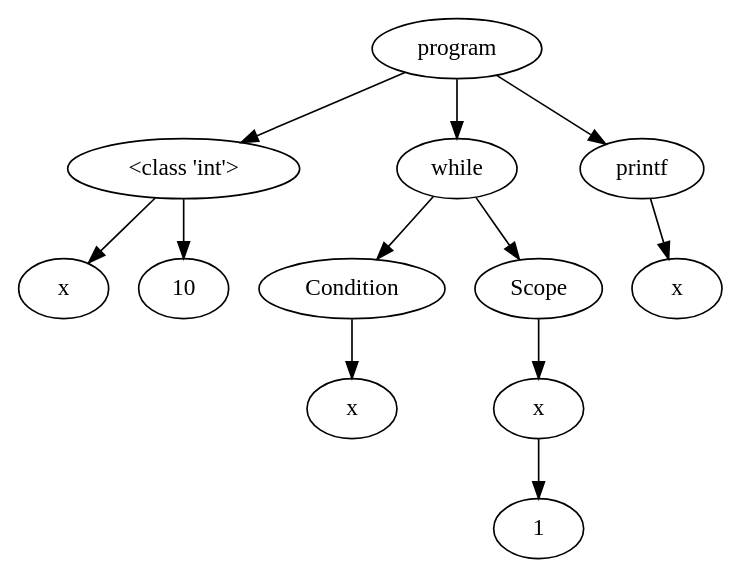
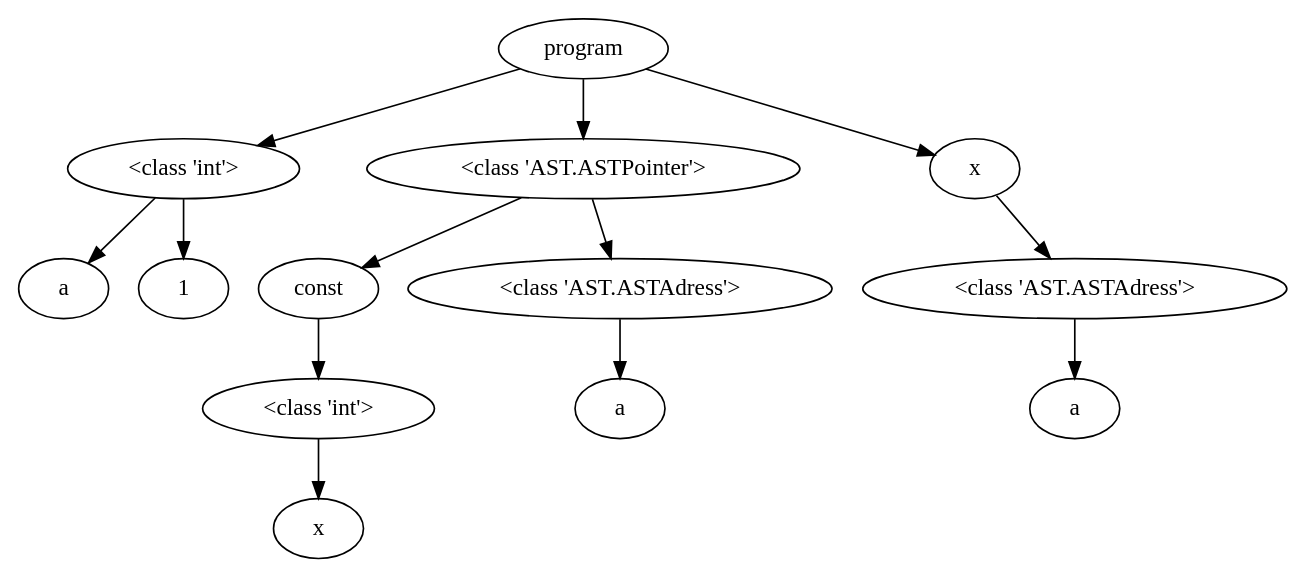
One commit to NielsVandenBroeck/COMP_Compiler changed the diagram in OutputFiles/dotVisualization.dot. Above: the diagram before and after it, drawn with Graphviz. The commit also changed 2 other files, not shown here.

Commit message:
const fix

```diff
--- a/OutputFiles/dotVisualization.dot
+++ b/OutputFiles/dotVisualization.dot
@@ -1,31 +1,34 @@
 digraph G { 
-"<AST.AST object at 0x000001E40060CC40> (0)"[label="program"]
-"<AST.ASTDataType object at 0x000001E40060CDC0> (1)"[label="<class 'int'>"]
-"<AST.AST object at 0x000001E40060CC40> (0)"->"<AST.ASTDataType object at 0x000001E40060CDC0> (1)"
-"<AST.ASTDataType object at 0x000001E40060CDC0> (1)"[label="<class 'int'>"]
-"<AST.ASTVariable object at 0x000001E40060CE20> (2)"[label="x"]
-"<AST.ASTDataType object at 0x000001E40060CDC0> (1)"->"<AST.ASTVariable object at 0x000001E40060CE20> (2)"
-"<AST.AST object at 0x000001E40060C3D0> (2)"[label="10"]
-"<AST.ASTDataType object at 0x000001E40060CDC0> (1)"->"<AST.AST object at 0x000001E40060C3D0> (2)"
-"<AST.ASTWhile object at 0x000001E40060C880> (1)"[label="while"]
-"<AST.AST object at 0x000001E40060CC40> (0)"->"<AST.ASTWhile object at 0x000001E40060C880> (1)"
-"<AST.ASTWhile object at 0x000001E40060C880> (1)"[label="while"]
-"<AST.ASTCondition object at 0x000001E40060C7C0> (2)"[label="Condition"]
-"<AST.ASTWhile object at 0x000001E40060C880> (1)"->"<AST.ASTCondition object at 0x000001E40060C7C0> (2)"
-"<AST.ASTCondition object at 0x000001E40060C7C0> (2)"[label="Condition"]
-"<AST.ASTVariable object at 0x000001E40060C970> (3)"[label="x"]
-"<AST.ASTCondition object at 0x000001E40060C7C0> (2)"->"<AST.ASTVariable object at 0x000001E40060C970> (3)"
-"<AST.ASTScope object at 0x000001E4006103D0> (2)"[label="Scope"]
-"<AST.ASTWhile object at 0x000001E40060C880> (1)"->"<AST.ASTScope object at 0x000001E4006103D0> (2)"
-"<AST.ASTScope object at 0x000001E4006103D0> (2)"[label="Scope"]
-"<AST.ASTVariable object at 0x000001E4006104F0> (3)"[label="x"]
-"<AST.ASTScope object at 0x000001E4006103D0> (2)"->"<AST.ASTVariable object at 0x000001E4006104F0> (3)"
-"<AST.ASTVariable object at 0x000001E4006104F0> (3)"[label="x"]
-"<AST.AST object at 0x000001E400610400> (4)"[label="1"]
-"<AST.ASTVariable object at 0x000001E4006104F0> (3)"->"<AST.AST object at 0x000001E400610400> (4)"
-"<AST.ASTPrintf object at 0x000001E400610460> (1)"[label="printf"]
-"<AST.AST object at 0x000001E40060CC40> (0)"->"<AST.ASTPrintf object at 0x000001E400610460> (1)"
-"<AST.ASTPrintf object at 0x000001E400610460> (1)"[label="printf"]
-"<AST.ASTVariable object at 0x000001E400610340> (2)"[label="x"]
-"<AST.ASTPrintf object at 0x000001E400610460> (1)"->"<AST.ASTVariable object at 0x000001E400610340> (2)"
+"<AST.AST object at 0x000001F55A88A580> (0)"[label="program"]
+"<AST.ASTDataType object at 0x000001F55A88A1F0> (1)"[label="<class 'int'>"]
+"<AST.AST object at 0x000001F55A88A580> (0)"->"<AST.ASTDataType object at 0x000001F55A88A1F0> (1)"
+"<AST.ASTDataType object at 0x000001F55A88A1F0> (1)"[label="<class 'int'>"]
+"<AST.ASTVariable object at 0x000001F55A88A070> (2)"[label="a"]
+"<AST.ASTDataType object at 0x000001F55A88A1F0> (1)"->"<AST.ASTVariable object at 0x000001F55A88A070> (2)"
+"<AST.AST object at 0x000001F55A88A5E0> (2)"[label="1"]
+"<AST.ASTDataType object at 0x000001F55A88A1F0> (1)"->"<AST.AST object at 0x000001F55A88A5E0> (2)"
+"<AST.ASTPointer object at 0x000001F55A88A4C0> (1)"[label="<class 'AST.ASTPointer'>"]
+"<AST.AST object at 0x000001F55A88A580> (0)"->"<AST.ASTPointer object at 0x000001F55A88A4C0> (1)"
+"<AST.ASTPointer object at 0x000001F55A88A4C0> (1)"[label="<class 'AST.ASTPointer'>"]
+"<AST.ASTConst object at 0x000001F55A88A8E0> (2)"[label="const"]
+"<AST.ASTPointer object at 0x000001F55A88A4C0> (1)"->"<AST.ASTConst object at 0x000001F55A88A8E0> (2)"
+"<AST.ASTConst object at 0x000001F55A88A8E0> (2)"[label="const"]
+"<AST.ASTDataType object at 0x000001F55A88A220> (3)"[label="<class 'int'>"]
+"<AST.ASTConst object at 0x000001F55A88A8E0> (2)"->"<AST.ASTDataType object at 0x000001F55A88A220> (3)"
+"<AST.ASTDataType object at 0x000001F55A88A220> (3)"[label="<class 'int'>"]
+"<AST.ASTVariable object at 0x000001F55A88A130> (4)"[label="x"]
+"<AST.ASTDataType object at 0x000001F55A88A220> (3)"->"<AST.ASTVariable object at 0x000001F55A88A130> (4)"
+"<AST.ASTAdress object at 0x000001F55A88A2B0> (2)"[label="<class 'AST.ASTAdress'>"]
+"<AST.ASTPointer object at 0x000001F55A88A4C0> (1)"->"<AST.ASTAdress object at 0x000001F55A88A2B0> (2)"
+"<AST.ASTAdress object at 0x000001F55A88A2B0> (2)"[label="<class 'AST.ASTAdress'>"]
+"<AST.ASTVariable object at 0x000001F55A88A910> (3)"[label="a"]
+"<AST.ASTAdress object at 0x000001F55A88A2B0> (2)"->"<AST.ASTVariable object at 0x000001F55A88A910> (3)"
+"<AST.ASTVariable object at 0x000001F55A88A2E0> (1)"[label="x"]
+"<AST.AST object at 0x000001F55A88A580> (0)"->"<AST.ASTVariable object at 0x000001F55A88A2E0> (1)"
+"<AST.ASTVariable object at 0x000001F55A88A2E0> (1)"[label="x"]
+"<AST.ASTAdress object at 0x000001F55A88A850> (2)"[label="<class 'AST.ASTAdress'>"]
+"<AST.ASTVariable object at 0x000001F55A88A2E0> (1)"->"<AST.ASTAdress object at 0x000001F55A88A850> (2)"
+"<AST.ASTAdress object at 0x000001F55A88A850> (2)"[label="<class 'AST.ASTAdress'>"]
+"<AST.ASTVariable object at 0x000001F55A88A6D0> (3)"[label="a"]
+"<AST.ASTAdress object at 0x000001F55A88A850> (2)"->"<AST.ASTVariable object at 0x000001F55A88A6D0> (3)"
 }
```
